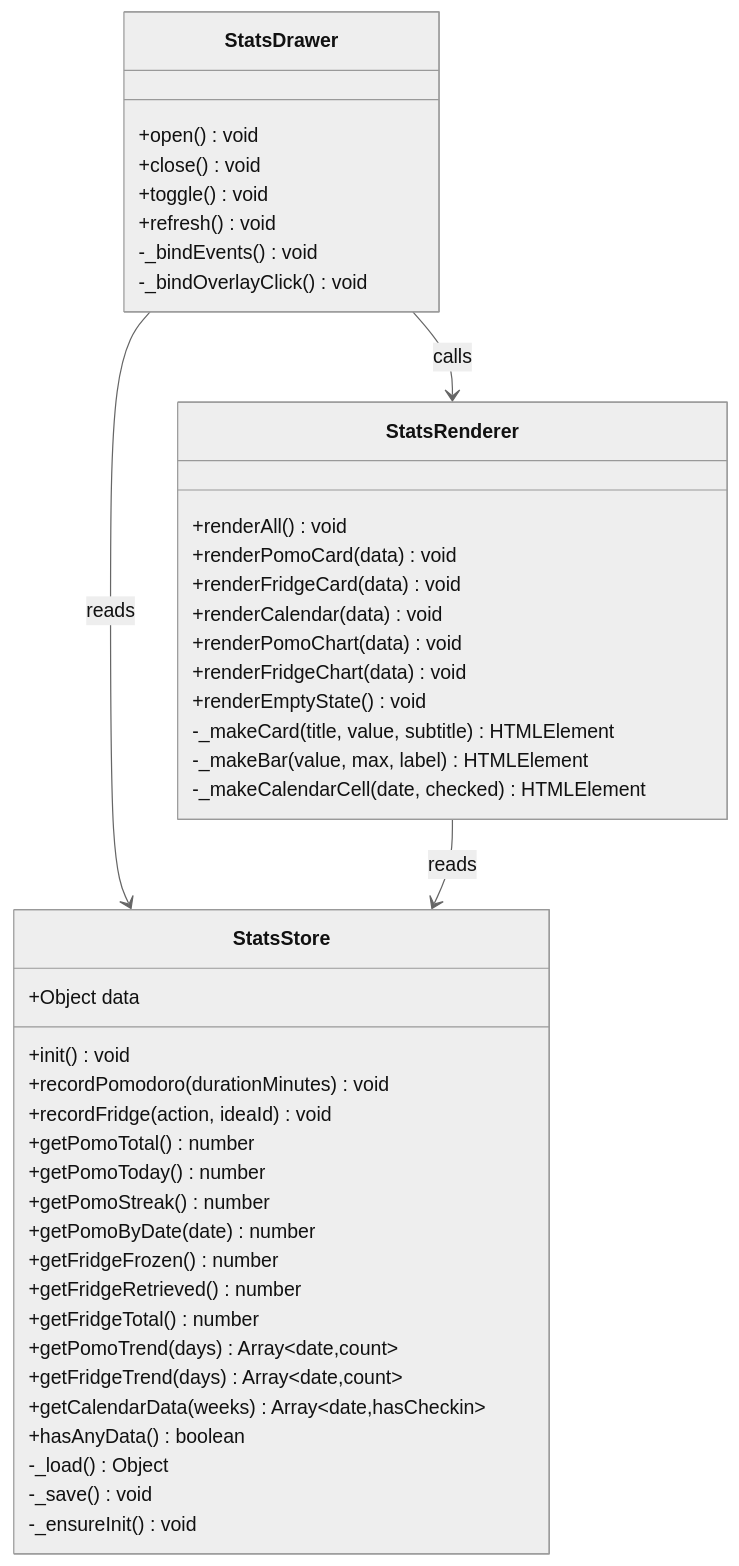
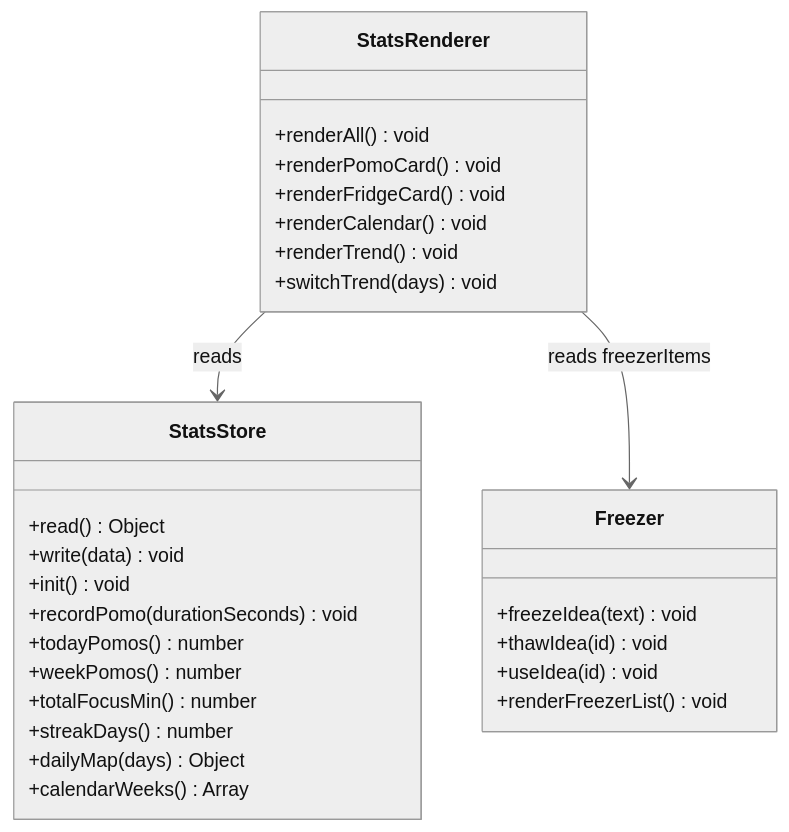
Before and after one commit to zcycharls/naonao: the diagram in docs/class-diagram.mermaid, drawn with Mermaid (neutral theme). The commit also changed 14 other files, not shown here.

```diff
--- a/docs/class-diagram.mermaid
+++ b/docs/class-diagram.mermaid
@@ -1,47 +1,32 @@
 classDiagram
     class StatsStore {
-        +Object data
+        +read() Object
+        +write(data) void
         +init() void
-        +recordPomodoro(durationMinutes) void
-        +recordFridge(action, ideaId) void
-        +getPomoTotal() number
-        +getPomoToday() number
-        +getPomoStreak() number
-        +getPomoByDate(date) number
-        +getFridgeFrozen() number
-        +getFridgeRetrieved() number
-        +getFridgeTotal() number
-        +getPomoTrend(days) Array~date,count~
-        +getFridgeTrend(days) Array~date,count~
-        +getCalendarData(weeks) Array~date,hasCheckin~
-        +hasAnyData() boolean
-        -_load() Object
-        -_save() void
-        -_ensureInit() void
+        +recordPomo(durationSeconds) void
+        +todayPomos() number
+        +weekPomos() number
+        +totalFocusMin() number
+        +streakDays() number
+        +dailyMap(days) Object
+        +calendarWeeks() Array
     }
 
     class StatsRenderer {
         +renderAll() void
-        +renderPomoCard(data) void
-        +renderFridgeCard(data) void
-        +renderCalendar(data) void
-        +renderPomoChart(data) void
-        +renderFridgeChart(data) void
-        +renderEmptyState() void
-        -_makeCard(title, value, subtitle) HTMLElement
-        -_makeBar(value, max, label) HTMLElement
-        -_makeCalendarCell(date, checked) HTMLElement
+        +renderPomoCard() void
+        +renderFridgeCard() void
+        +renderCalendar() void
+        +renderTrend() void
+        +switchTrend(days) void
     }
 
-    class StatsDrawer {
-        +open() void
-        +close() void
-        +toggle() void
-        +refresh() void
-        -_bindEvents() void
-        -_bindOverlayClick() void
+    class Freezer {
+        +freezeIdea(text) void
+        +thawIdea(id) void
+        +useIdea(id) void
+        +renderFreezerList() void
     }
 
-    StatsDrawer --> StatsStore : reads
-    StatsDrawer --> StatsRenderer : calls
     StatsRenderer --> StatsStore : reads
+    StatsRenderer --> Freezer : reads freezerItems
```
